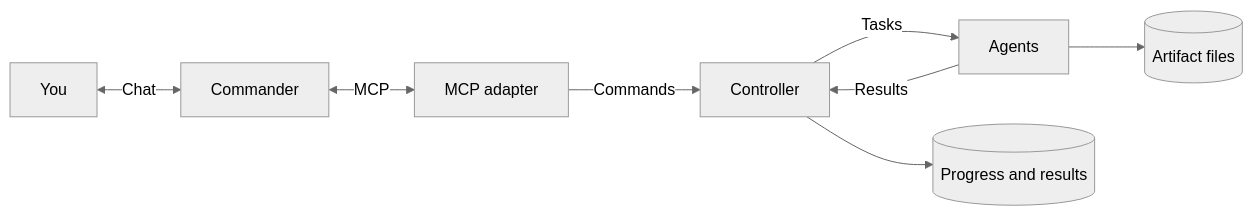
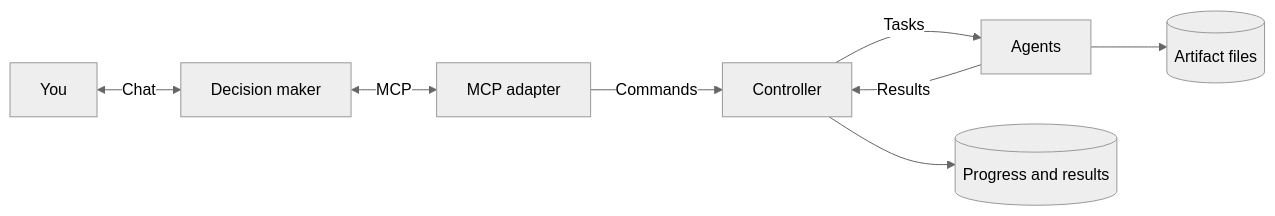
Before and after one commit to defos-ai/commander: the diagram in docs/overview.md, drawn with Mermaid (neutral theme). The commit also changed other lines of this file and 25 other files, not shown here.

````diff
--- a/docs/overview.md
+++ b/docs/overview.md
@@ -12,10 +17,10 @@
 ```mermaid
 flowchart LR
-    User[You] <-->|Chat| Commander[Commander]
-    Commander <-->|MCP| Adapter[MCP adapter]
+    User[You] <-->|Chat| DecisionMaker[Decision maker]
+    DecisionMaker <-->|MCP| Adapter[MCP adapter]
     Adapter -->|Commands| Controller[Controller]
     Controller -->|Tasks| Agents[Agents]
     Agents -->|Results| Controller
     Controller --> Database[(Progress and results)]
     Agents --> Storage[(Artifact files)]
 ```
````
